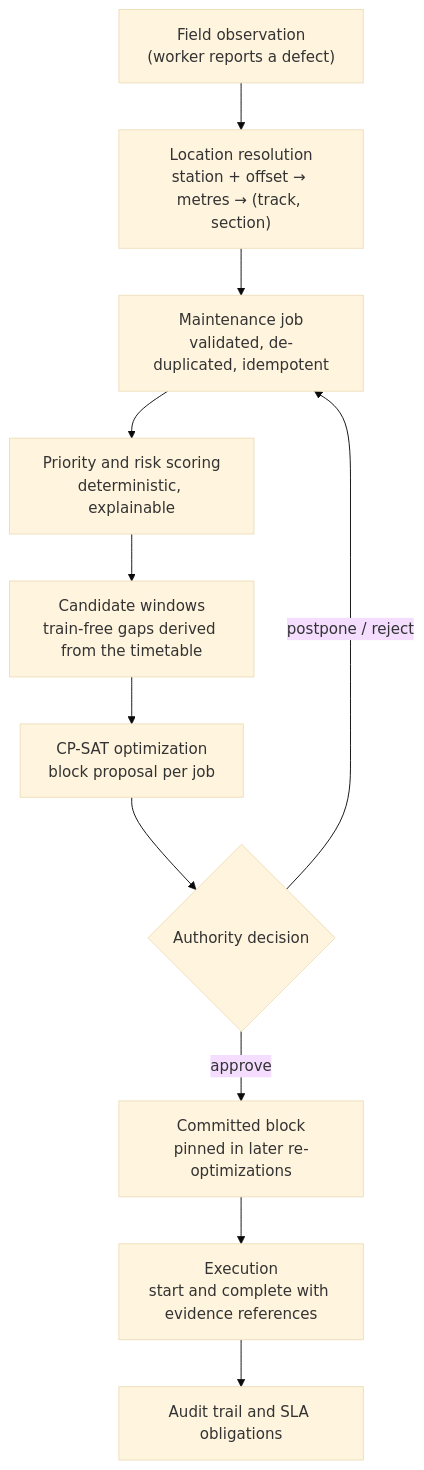
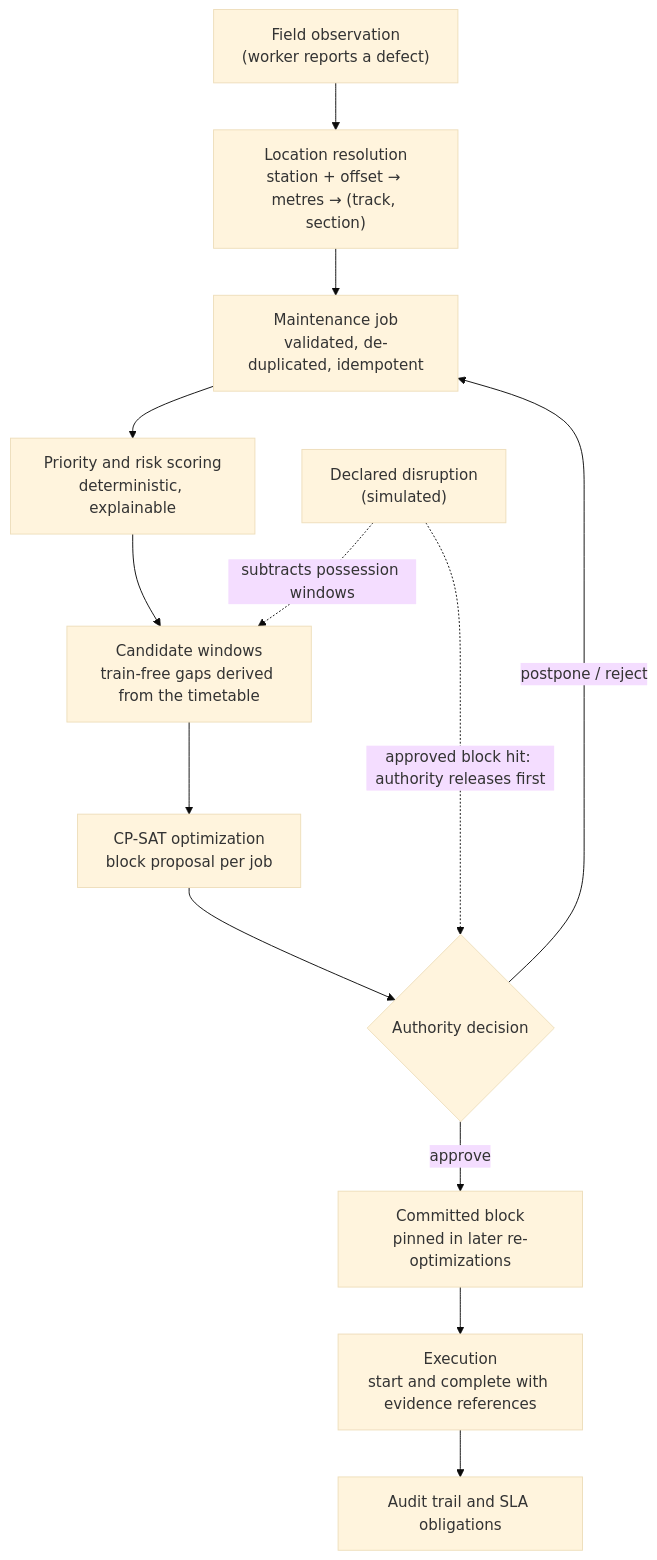
One commit to AryanRajguru22/Pashupatastra-sih26027 changed the first of 3 diagrams in README.md. Above: the diagram before and after it, drawn with Mermaid (base theme). The commit also changed other lines of this file and 4 other files, not shown here.

First line of the commit message:
docs+ci: disruption/recovery architecture, API contract, README auth truth, CI

````diff
--- a/README.md
+++ b/README.md
@@ -60,13 +60,15 @@
 ```mermaid
 flowchart TD
     A["Field observation<br/>(worker reports a defect)"] --> B["Location resolution<br/>station + offset → metres → (track, section)"]
     B --> C["Maintenance job<br/>validated, de-duplicated, idempotent"]
     C --> D["Priority and risk scoring<br/>deterministic, explainable"]
     D --> E["Candidate windows<br/>train-free gaps derived from the timetable"]
     E --> F["CP-SAT optimization<br/>block proposal per job"]
     F --> G{"Authority decision"}
     G -- "approve" --> H["Committed block<br/>pinned in later re-optimizations"]
     G -- "postpone / reject" --> C
     H --> I["Execution<br/>start and complete with evidence references"]
     I --> J["Audit trail and SLA obligations"]
+    X["Declared disruption<br/>(simulated)"] -.->|"subtracts possession windows"| E
+    X -.->|"approved block hit: authority releases first"| G
 ```
````
